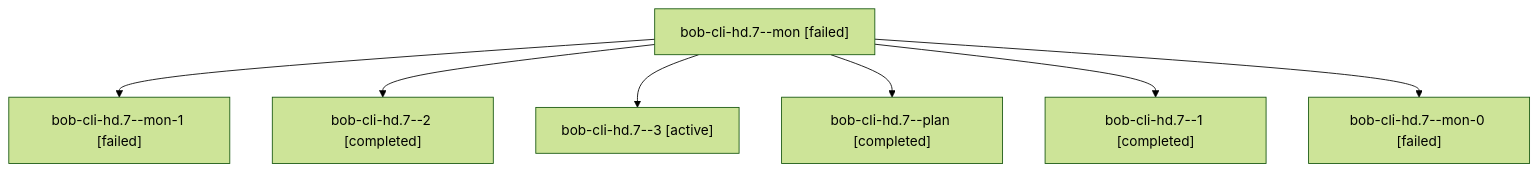
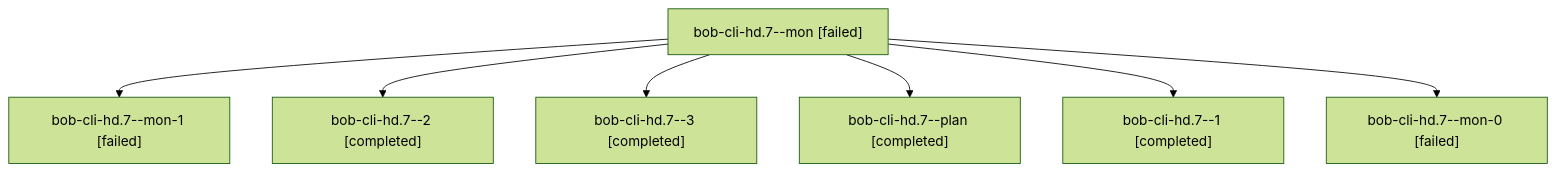
One commit to bobs-org/bob-cli--agents changed the diagram in sessions/bbugyi200.athena.bob-cli-hd.7.md. Above: the diagram before and after it, drawn with Mermaid (forest theme). The commit also changed other lines of this file and 31 other files, not shown here.

````diff
--- a/sessions/bbugyi200.athena.bob-cli-hd.7.md
+++ b/sessions/bbugyi200.athena.bob-cli-hd.7.md
@@ -9,16 +9,16 @@
 ```mermaid
 flowchart TD
   n0["bob-cli-hd.7--mon [failed]"]
   n1["bob-cli-hd.7--mon-1 [failed]"]
   n0 --> n1
   n2["bob-cli-hd.7--2 [completed]"]
   n0 --> n2
-  n3["bob-cli-hd.7--3 [active]"]
+  n3["bob-cli-hd.7--3 [completed]"]
   n0 --> n3
   n4["bob-cli-hd.7--plan [completed]"]
   n0 --> n4
   n5["bob-cli-hd.7--1 [completed]"]
   n0 --> n5
   n6["bob-cli-hd.7--mon-0 [failed]"]
   n0 --> n6
 ```
````
